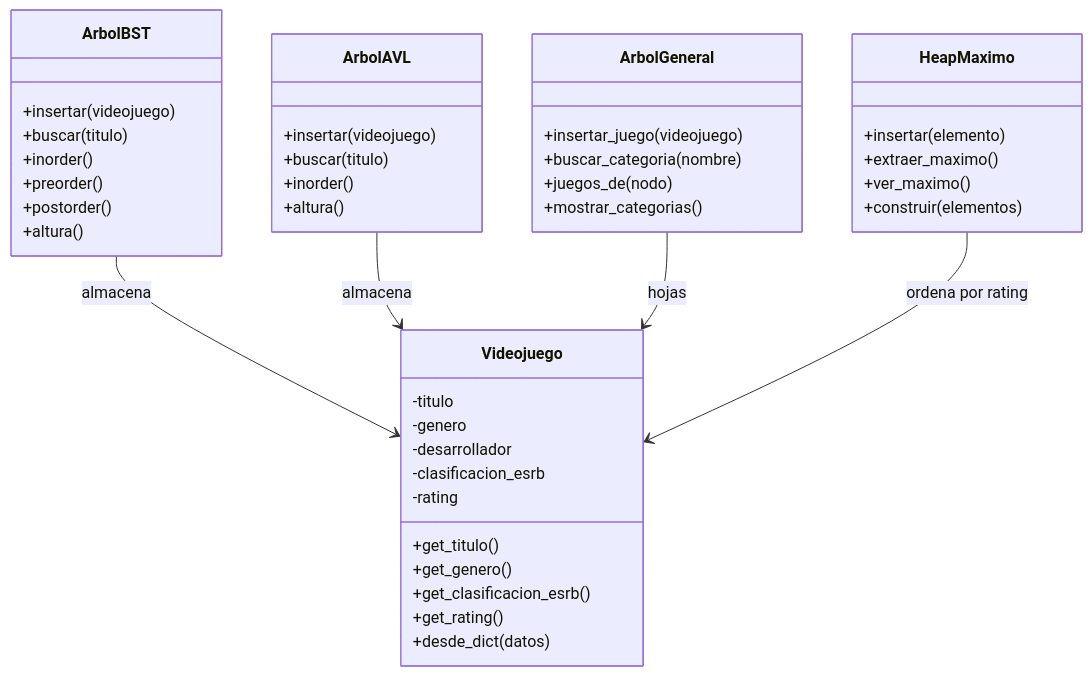
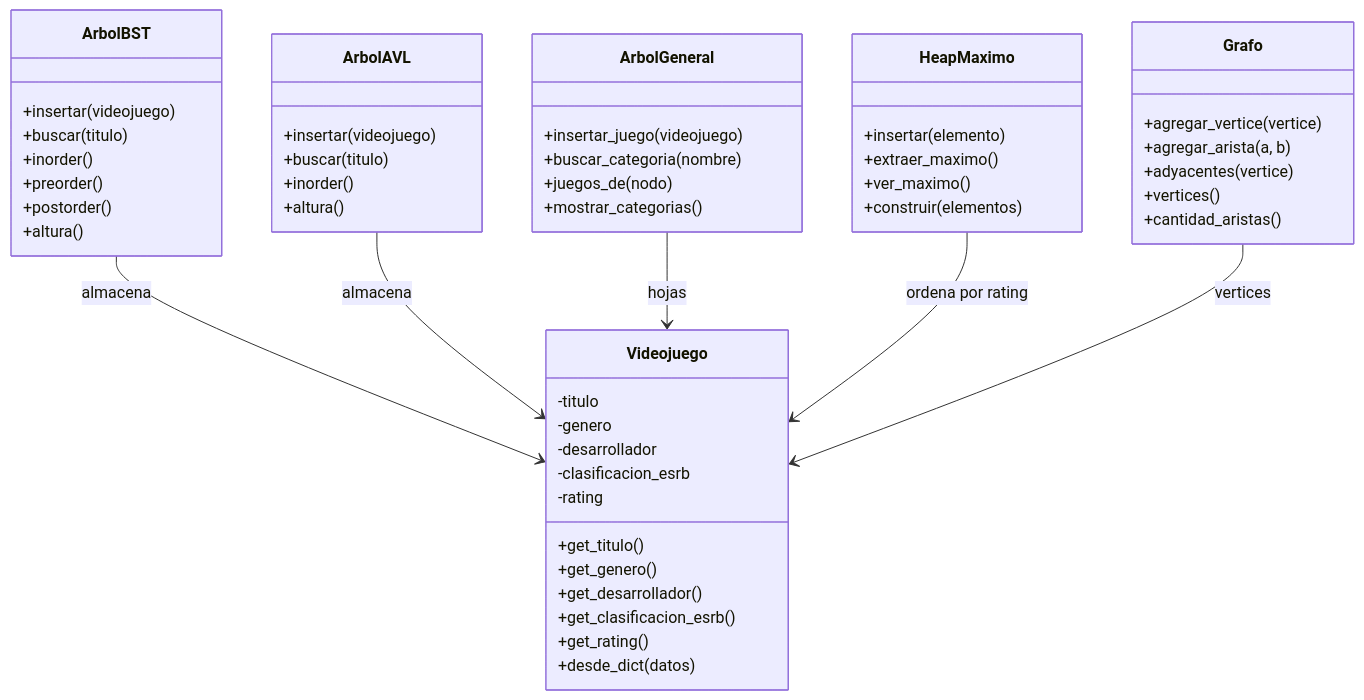
Before and after one commit to Ceciliabonetto/gameguardian-tp-estructuradedatos: the diagram in docs/03-diagrama-clases.md, drawn with Mermaid. The commit also changed other lines of this file and 9 other files, not shown here.

````diff
--- a/docs/03-diagrama-clases.md
+++ b/docs/03-diagrama-clases.md
@@ -3,46 +3,54 @@
 ```mermaid
 classDiagram
-        class Videojuego {
+    class Videojuego {
         -titulo
         -genero
         -desarrollador
         -clasificacion_esrb
         -rating
         +get_titulo()
         +get_genero()
+        +get_desarrollador()
         +get_clasificacion_esrb()
         +get_rating()
         +desde_dict(datos)
     }
     class ArbolBST {
         +insertar(videojuego)
         +buscar(titulo)
         +inorder()
         +preorder()
         +postorder()
         +altura()
     }
     class ArbolAVL {
         +insertar(videojuego)
         +buscar(titulo)
         +inorder()
         +altura()
     }
     class ArbolGeneral {
         +insertar_juego(videojuego)
         +buscar_categoria(nombre)
         +juegos_de(nodo)
         +mostrar_categorias()
     }
-
     class HeapMaximo {
         +insertar(elemento)
         +extraer_maximo()
         +ver_maximo()
         +construir(elementos)
     }
+    class Grafo {
+        +agregar_vertice(vertice)
+        +agregar_arista(a, b)
+        +adyacentes(vertice)
+        +vertices()
+        +cantidad_aristas()
+    }
     ArbolBST --> Videojuego : almacena
     ArbolAVL --> Videojuego : almacena
     ArbolGeneral --> Videojuego : hojas
     HeapMaximo --> Videojuego : ordena por rating
+    Grafo --> Videojuego : vertices
 ```
````
